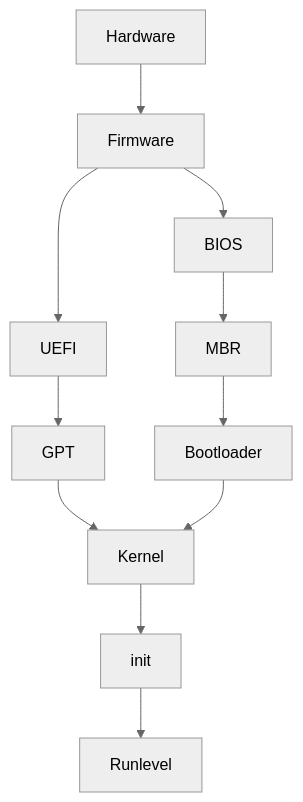
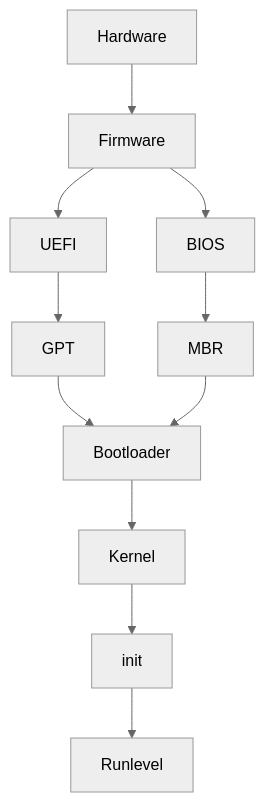
The diagram in MyWiki/OS/Linux/LinuxWiki/Démarrage Système.md (M0n01/MyWiki), drawn with Mermaid (neutral theme) before and after one commit. The commit also changed 1 other file, not shown here.

````diff
--- a/MyWiki/OS/Linux/LinuxWiki/Démarrage Système.md
+++ b/MyWiki/OS/Linux/LinuxWiki/Démarrage Système.md
@@ -9,17 +9,16 @@
 ```mermaid
 graph TD
 
 Hardware --> Firmware
 Firmware --> UEFI
 UEFI --> GPT
-GPT --> Kernel
-Kernel
+GPT --> Bootloader
 
 Firmware --> BIOS
 BIOS --> MBR
 MBR --> Bootloader
 Bootloader --> Kernel
 Kernel --> init
 init --> Runlevel
 
 ```
````
